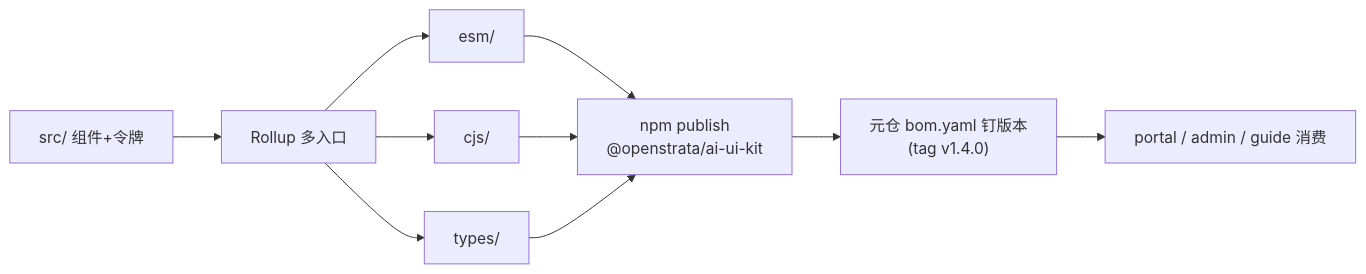
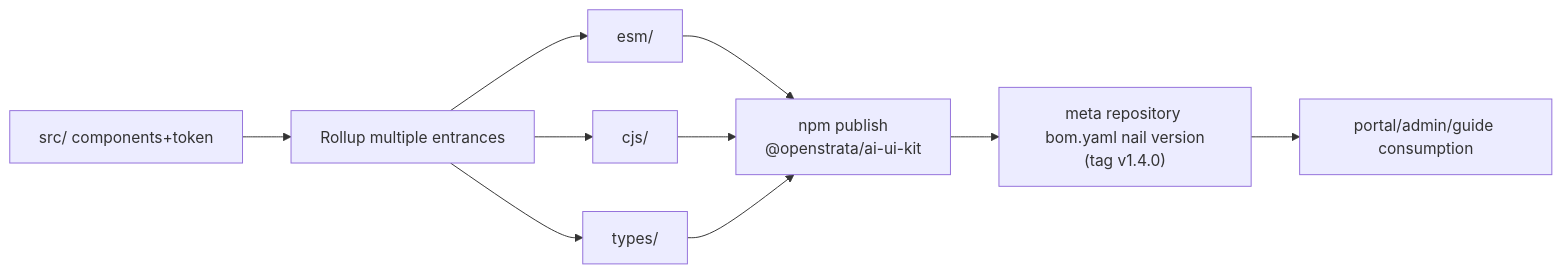
One commit to open-strata-ai/ai-ui-kit changed the fifth of 6 diagrams in design/DESIGN.md. Above: the diagram before and after it, drawn with Mermaid. The commit also changed other lines of this file and 13 other files, not shown here.

````diff
--- a/design/DESIGN.md
+++ b/design/DESIGN.md
@@ -394,8 +394,8 @@
 ```mermaid
 flowchart LR
-    SRC[src/ 组件+令牌] --> ROLLUP[Rollup 多入口]
+    SRC[src/ components+token] --> ROLLUP[Rollup multiple entrances]
     ROLLUP --> ESM[esm/] & CJS[cjs/] & DTS[types/]
     ESM & CJS & DTS --> NPM["npm publish<br/>@openstrata/ai-ui-kit"]
-    NPM --> BOM["元仓 bom.yaml 钉版本<br/>(tag v1.4.0)"]
-    BOM --> CONSUMER["portal / admin / guide 消费"]
+    NPM --> BOM["meta repository bom.yaml nail version<br/>(tag v1.4.0)"]
+    BOM --> CONSUMER["portal/admin/guide consumption"]
 ```
````
